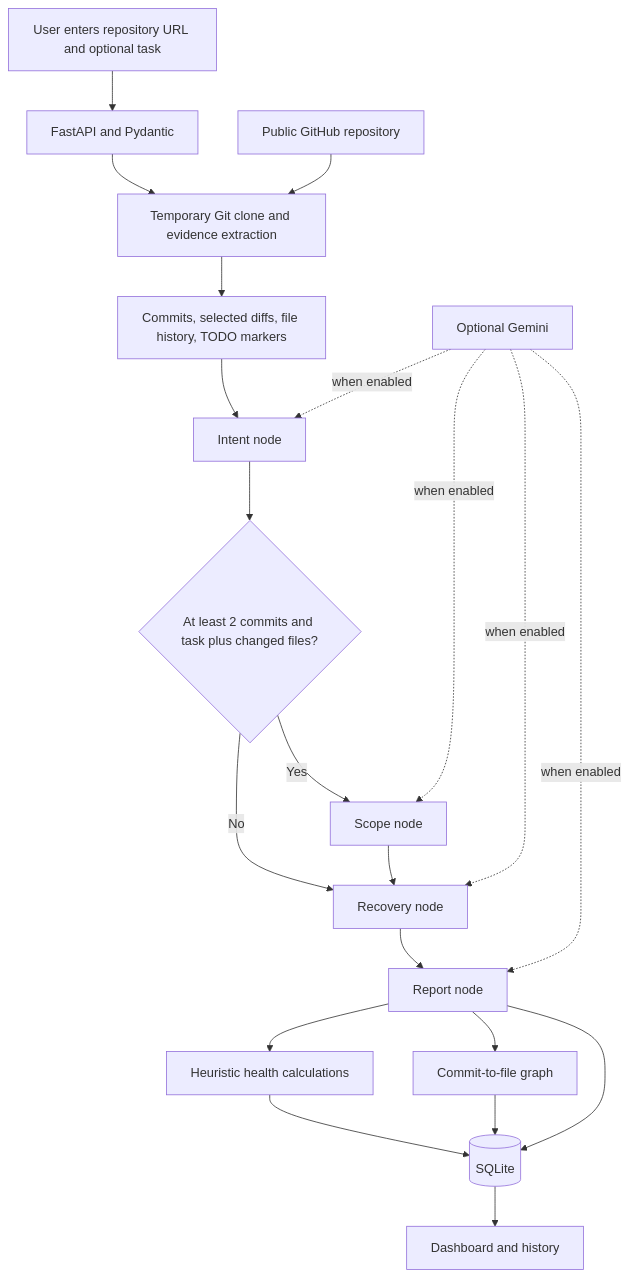
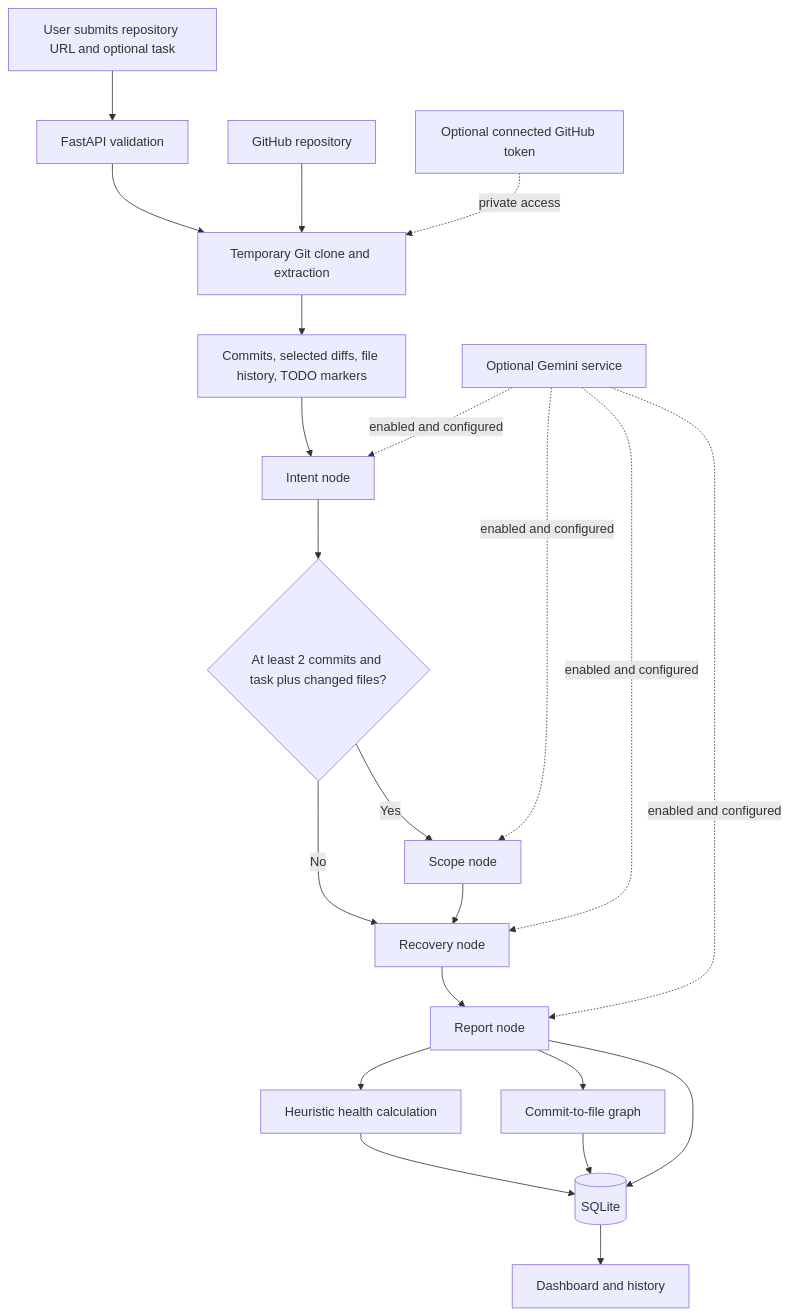
Before and after one commit to kRamu581/Agentic-Code-Archaeology: the first of 2 diagrams in README.md, drawn with Mermaid. The commit also changed other lines of this file and 39 other files, not shown here.

````diff
--- a/README.md
+++ b/README.md
@@ -60,23 +59,24 @@
 ```mermaid
 flowchart TD
-    U[User enters repository URL and optional task] --> API[FastAPI and Pydantic]
-    API --> CLONE[Temporary Git clone and evidence extraction]
-    GH[Public GitHub repository] --> CLONE
+    U[User submits repository URL and optional task] --> API[FastAPI validation]
+    API --> CLONE[Temporary Git clone and extraction]
+    GH[GitHub repository] --> CLONE
+    OAUTH[Optional connected GitHub token] -. private access .-> CLONE
     CLONE --> E[Commits, selected diffs, file history, TODO markers]
     E --> INTENT[Intent node]
     INTENT --> ROUTE{At least 2 commits and task plus changed files?}
     ROUTE -- Yes --> SCOPE[Scope node]
     ROUTE -- No --> RECOVERY[Recovery node]
     SCOPE --> RECOVERY
     RECOVERY --> REPORT[Report node]
-    REPORT --> SCORE[Heuristic health calculations]
+    REPORT --> HEALTH[Heuristic health calculation]
     REPORT --> GRAPH[Commit-to-file graph]
-    SCORE --> DB[(SQLite)]
+    HEALTH --> DB[(SQLite)]
     GRAPH --> DB
     REPORT --> DB
     DB --> UI[Dashboard and history]
-    GEMINI[Optional Gemini] -. when enabled .-> INTENT
-    GEMINI -. when enabled .-> SCOPE
-    GEMINI -. when enabled .-> RECOVERY
-    GEMINI -. when enabled .-> REPORT
+    GEMINI[Optional Gemini service] -. enabled and configured .-> INTENT
+    GEMINI -. enabled and configured .-> SCOPE
+    GEMINI -. enabled and configured .-> RECOVERY
+    GEMINI -. enabled and configured .-> REPORT
 ```
````
